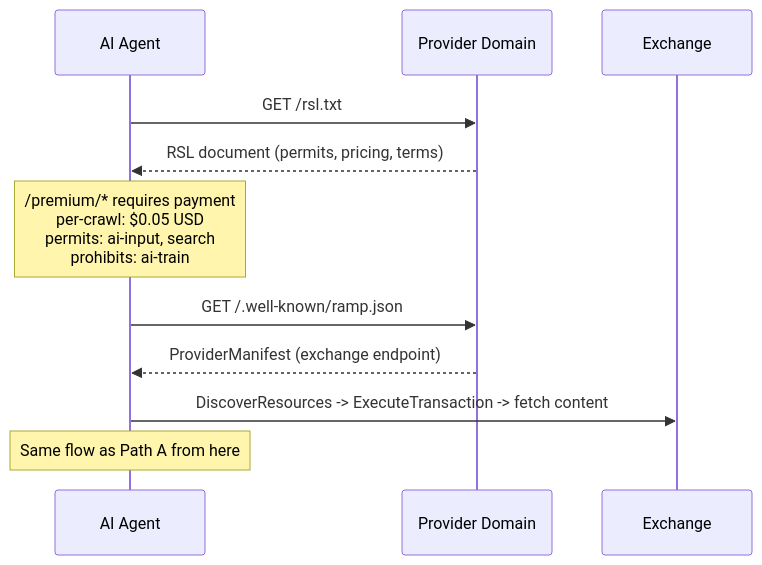
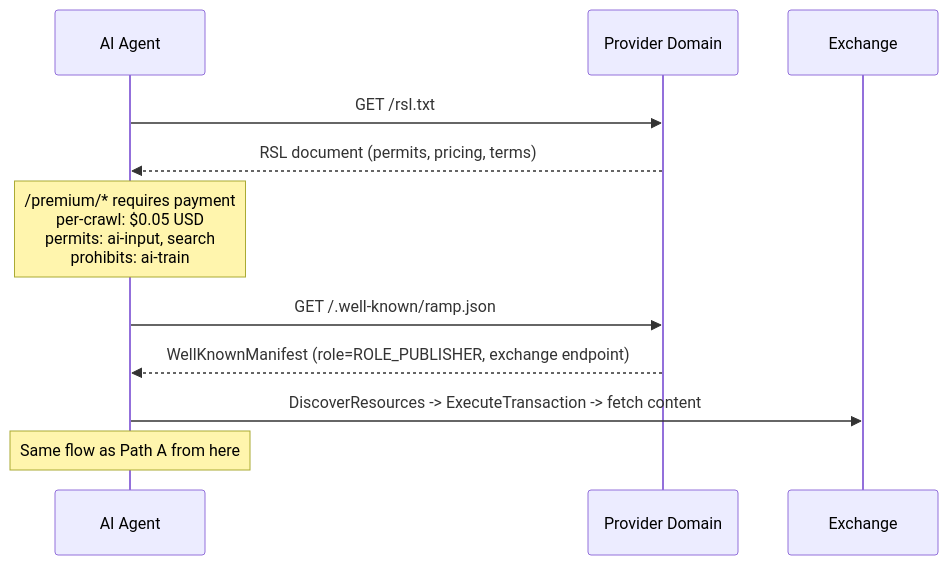
One commit to RAMP-Protocol/protocol changed the fourth of 6 diagrams in website/src/content/docs/protocol/discovery-paths.mdx. Above: the diagram before and after it, drawn with Mermaid. The commit also changed other lines of this file and 49 other files, not shown here.

First line of the commit message:
docs(website): sync site to unified well-known endpoint + marketplace→exchange rename

````diff
--- a/website/src/content/docs/protocol/discovery-paths.mdx
+++ b/website/src/content/docs/protocol/discovery-paths.mdx
@@ -161,18 +161,18 @@
 ```mermaid
 sequenceDiagram
     participant Agent as AI Agent
     participant PUB as Provider Domain
     participant MP as Exchange
 
     Agent->>PUB: GET /rsl.txt
     PUB-->>Agent: RSL document (permits, pricing, terms)
 
     Note over Agent: /premium/* requires payment<br/>per-crawl: $0.05 USD<br/>permits: ai-input, search<br/>prohibits: ai-train
 
     Agent->>PUB: GET /.well-known/ramp.json
-    PUB-->>Agent: ProviderManifest (exchange endpoint)
+    PUB-->>Agent: WellKnownManifest (role=ROLE_PUBLISHER, exchange endpoint)
 
     Agent->>MP: DiscoverResources -> ExecuteTransaction -> fetch content
 
     Note over Agent: Same flow as Path A from here
 ```
````
